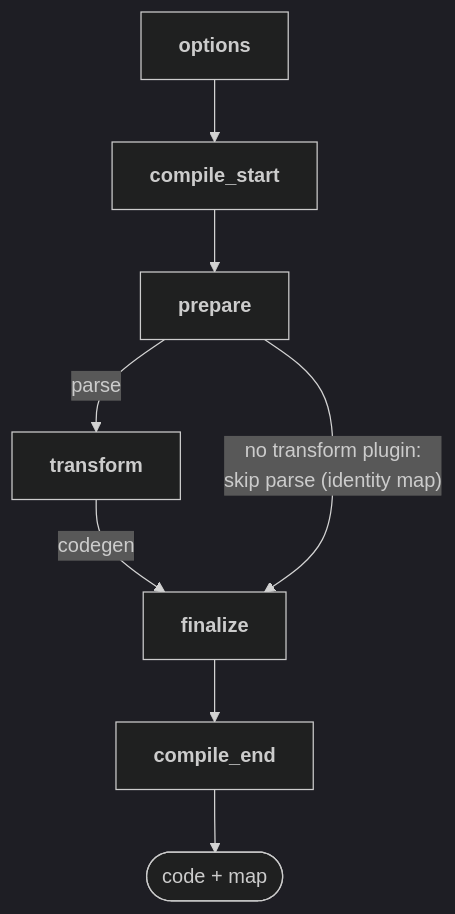
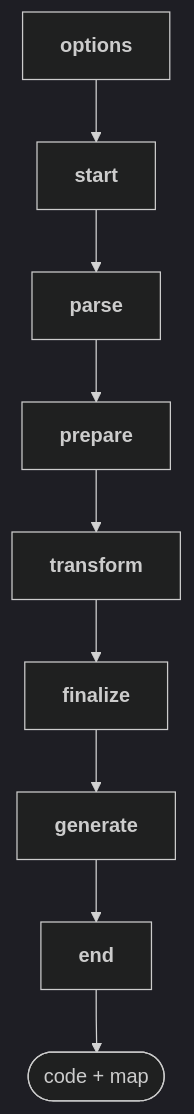
Before and after one commit to telarel/telarel: the second of 6 diagrams in ARCHITECTURE.md, drawn with Mermaid (dark theme). The commit also changed other lines of this file and 61 other files, not shown here.

Commit message:
feat: rework plugin hook engine with first-win parse/generate

````diff
--- a/ARCHITECTURE.md
+++ b/ARCHITECTURE.md
@@ -37,16 +37,14 @@
 ```mermaid
 flowchart TD
     Options[<b>options</b>]
-    Start[<b>compile_start</b>]
+    Start[<b>start</b>]
+    Parse[<b>parse</b>]
     Prepare[<b>prepare</b>]
     Transform[<b>transform</b>]
     Finalize[<b>finalize</b>]
-    End[<b>compile_end</b>]
+    Generate[<b>generate</b>]
+    End[<b>end</b>]
     Output([code + map])
 
-    Options --> Start --> Prepare
-    Prepare -- "parse" --> Transform
-    Transform -- "codegen" --> Finalize
-    Finalize --> End --> Output
-    Prepare -- "no transform plugin:<br/>skip parse (identity map)" --> Finalize
+    Options --> Start --> Parse --> Prepare --> Transform --> Finalize --> Generate --> End --> Output
 ```
````
